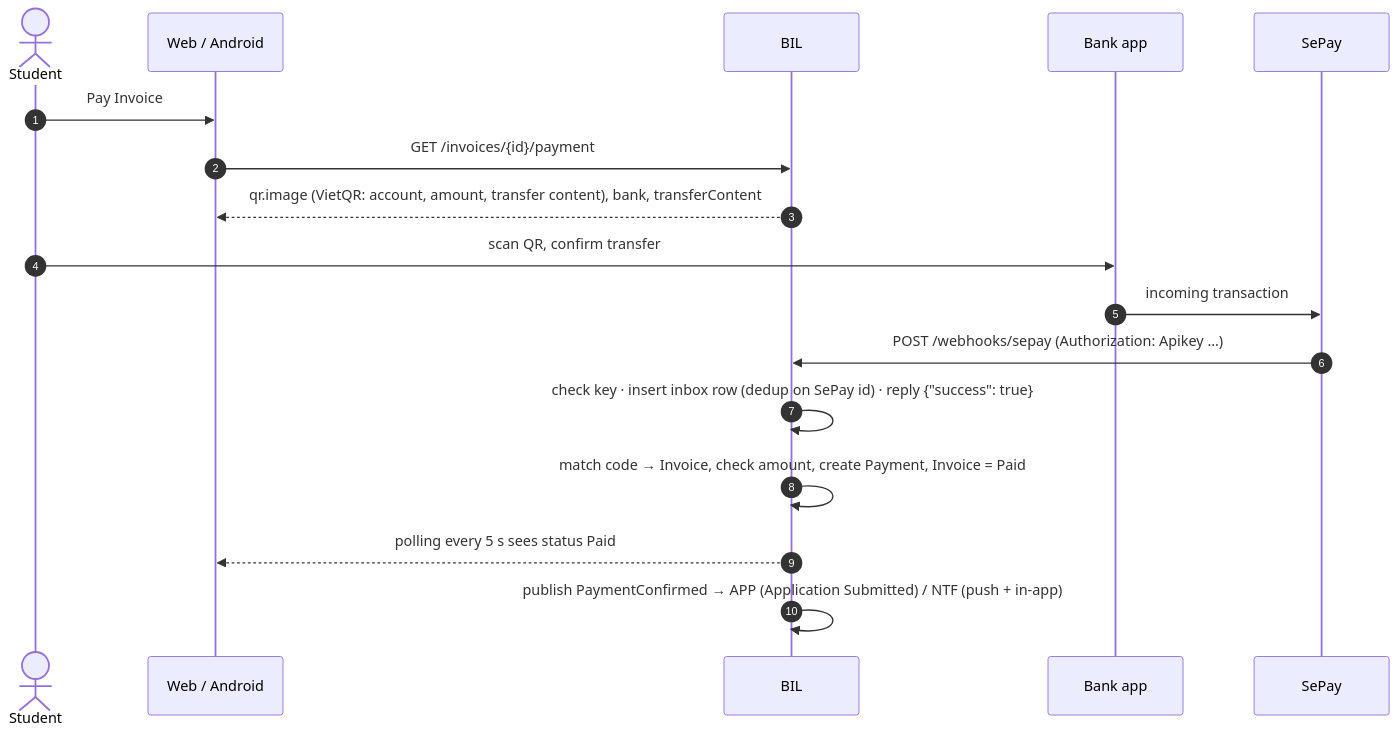
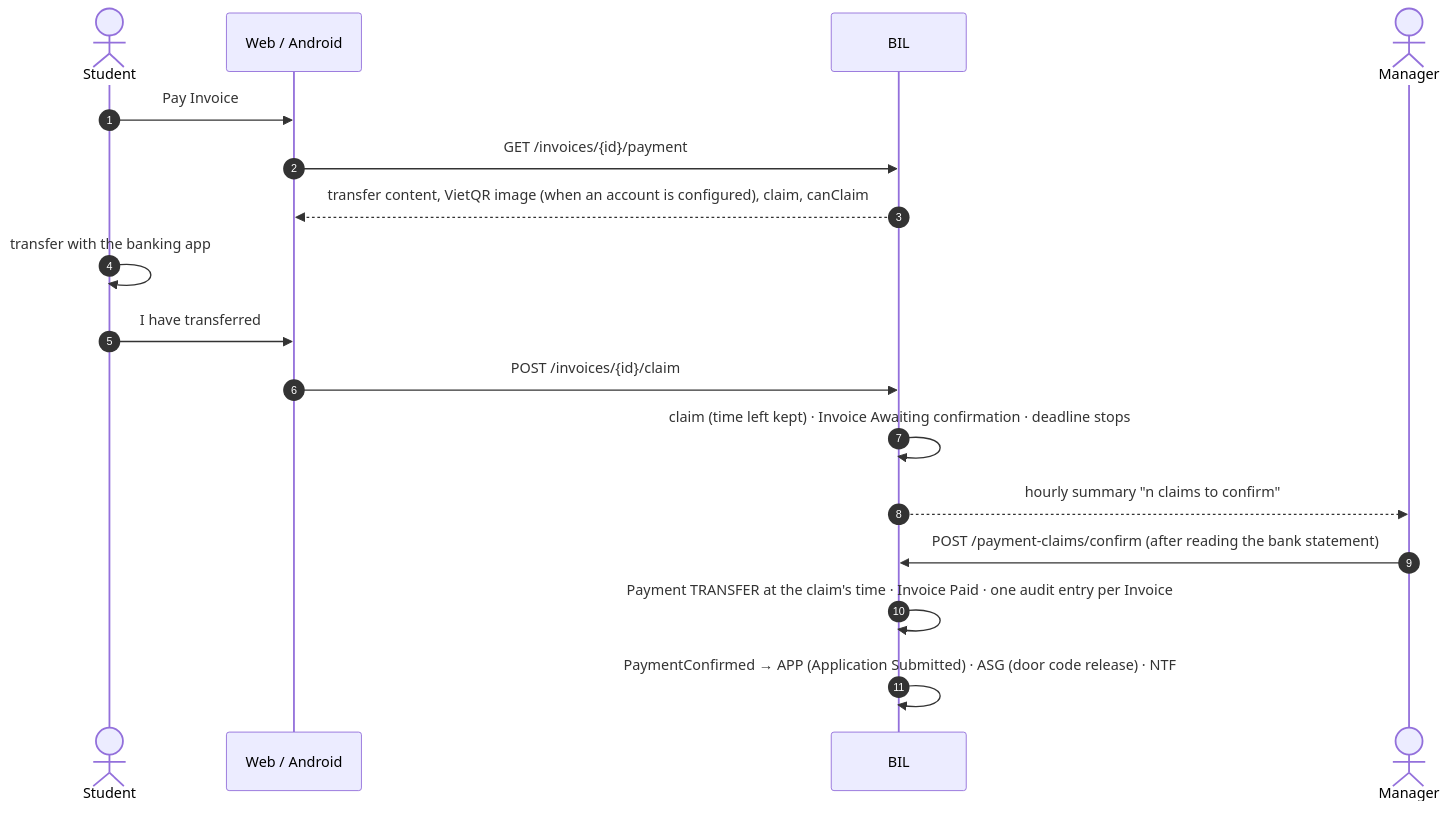
Before and after one commit to tisou47/CampusStay-FPT: the third of 5 diagrams in docs/backend/01_Backend_Architecture.md, drawn with Mermaid. The commit also changed other lines of this file and 133 other files, not shown here.

````diff
--- a/docs/backend/01_Backend_Architecture.md
+++ b/docs/backend/01_Backend_Architecture.md
@@ -258,19 +261,19 @@
 ```mermaid
 sequenceDiagram
     autonumber
     actor St as Student
     participant W as Web / Android
     participant B as BIL
-    participant Bank as Bank app
-    participant SP as SePay
+    actor M as Manager
     St->>W: Pay Invoice
     W->>B: GET /invoices/{id}/payment
-    B-->>W: qr.image (VietQR: account, amount, transfer content), bank, transferContent
-    St->>Bank: scan QR, confirm transfer
-    Bank->>SP: incoming transaction
-    SP->>B: POST /webhooks/sepay (Authorization: Apikey …)
-    B->>B: check key · insert inbox row (dedup on SePay id) · reply {"success": true}
-    B->>B: match code → Invoice, check amount, create Payment, Invoice = Paid
-    B-->>W: polling every 5 s sees status Paid
-    B->>B: publish PaymentConfirmed → APP (Application Submitted) / NTF (push + in-app)
+    B-->>W: transfer content, VietQR image (when an account is configured), claim, canClaim
+    St->>St: transfer with the banking app
+    St->>W: I have transferred
+    W->>B: POST /invoices/{id}/claim
+    B->>B: claim (time left kept) · Invoice Awaiting confirmation · deadline stops
+    B-->>M: hourly summary "n claims to confirm"
+    M->>B: POST /payment-claims/confirm (after reading the bank statement)
+    B->>B: Payment TRANSFER at the claim's time · Invoice Paid · one audit entry per Invoice
+    B->>B: PaymentConfirmed → APP (Application Submitted) · ASG (door code release) · NTF
 ```
````
